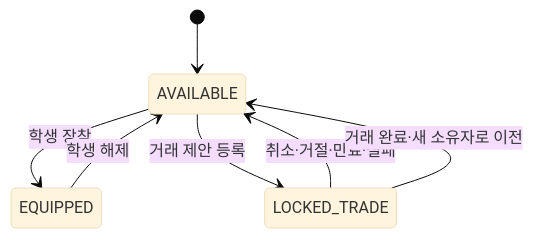
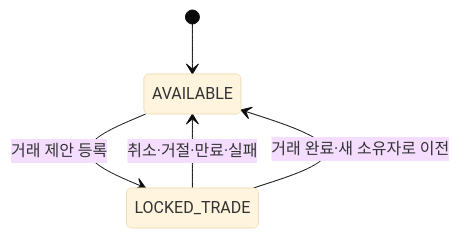
One commit to watermell0n/EcoVillgae changed the seventh of 19 diagrams in docs/STATE_MACHINES.md. Above: the diagram before and after it, drawn with Mermaid (base theme). The commit also changed other lines of this file and 118 other files, not shown here.

````diff
--- a/docs/STATE_MACHINES.md
+++ b/docs/STATE_MACHINES.md
@@ -205,9 +205,7 @@
 ```mermaid
 stateDiagram-v2
     [*] --> AVAILABLE
-    AVAILABLE --> EQUIPPED: 학생 장착
-    EQUIPPED --> AVAILABLE: 학생 해제
     AVAILABLE --> LOCKED_TRADE: 거래 제안 등록
     LOCKED_TRADE --> AVAILABLE: 취소·거절·만료·실패
     LOCKED_TRADE --> AVAILABLE: 거래 완료·새 소유자로 이전
 ```
````
